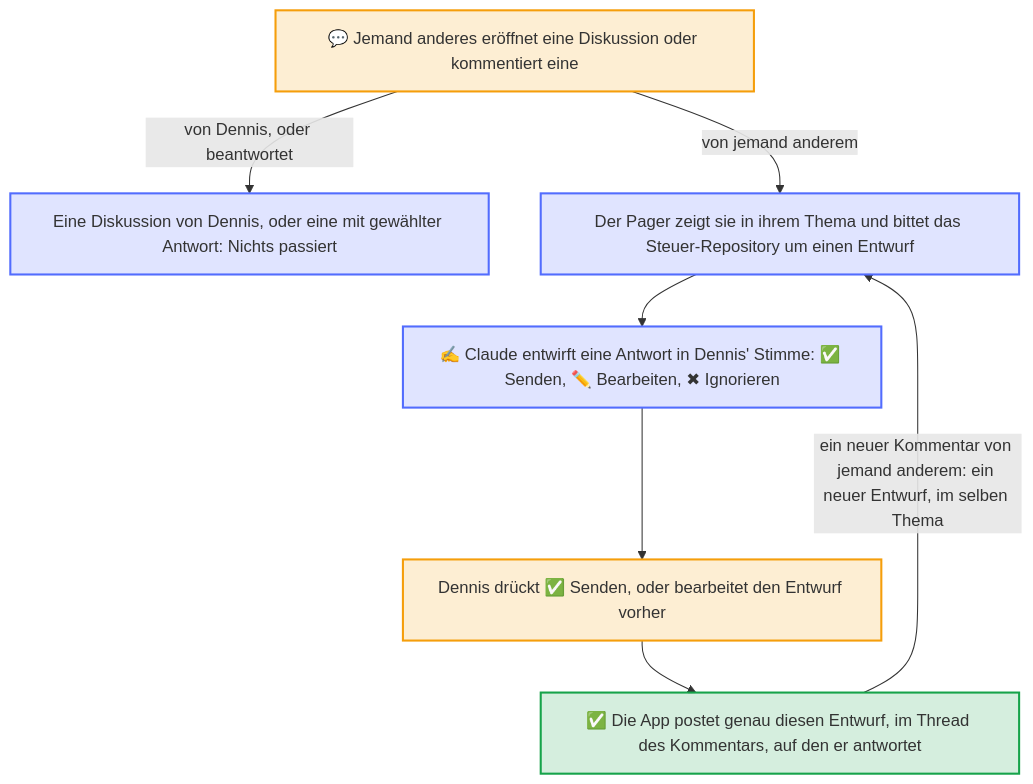
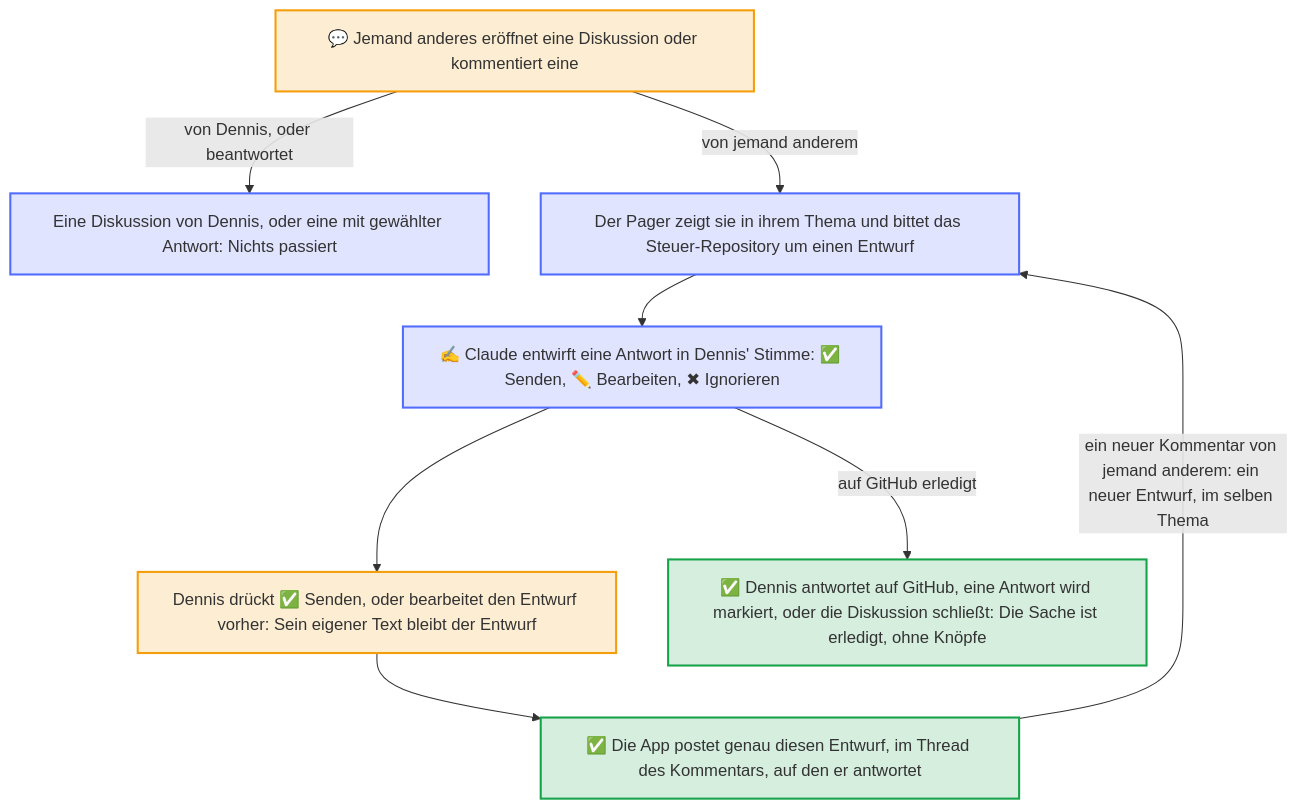
The diagram in docs/diagrams/the-reply-to-a-discussion.de.mmd (Dennis-Otto/dennis-otto-pager), drawn with Mermaid before and after one commit. The commit also changed 27 other files, not shown here.

First line of the commit message:
feat: a discussion thing closes when Dennis answers on GitHub, and keeps his own draft (#74)

```diff
--- a/docs/diagrams/the-reply-to-a-discussion.de.mmd
+++ b/docs/diagrams/the-reply-to-a-discussion.de.mmd
@@ -1,26 +1,28 @@
 ---
 config:
   flowchart:
     wrappingWidth: 400
 ---
 flowchart TB
     accTitle: Die Antwort auf eine Diskussion
-    accDescr: Jemand anderes als Dennis oder ein Bot eröffnet eine Diskussion oder kommentiert eine. Eine Diskussion von Dennis und eine mit gewählter Antwort enden hier. Sonst zeigt der Pager sie in ihrem Thema und bittet das Steuer-Repository sofort um einen Entwurf, den Claude in Dennis' Stimme schreibt. Der Entwurf kommt mit Senden, Bearbeiten und Ignorieren. Senden postet genau diesen Entwurf als App des Pagers, im Thread des Kommentars, auf den er antwortet, oder an der Diskussion selbst. Ein neuer Kommentar von jemand anderem wird zur Nachricht, auf die geantwortet wird, mit einem neuen Entwurf im selben Thema.
+    accDescr: Jemand anderes als Dennis oder ein Bot eröffnet eine Diskussion oder kommentiert eine. Eine Diskussion von Dennis und eine mit gewählter Antwort enden hier. Sonst zeigt der Pager sie in ihrem Thema und bittet das Steuer-Repository sofort um einen Entwurf, den Claude in Dennis' Stimme schreibt. Der Entwurf kommt mit Senden, Bearbeiten und Ignorieren. Senden postet genau diesen Entwurf als App des Pagers, im Thread des Kommentars, auf den er antwortet, oder an der Diskussion selbst. Ein neuer Kommentar von jemand anderem wird zur Nachricht, auf die geantwortet wird, mit einem neuen Entwurf im selben Thema, während ein Text, den Dennis selbst geschrieben hat, der Entwurf bleibt. Wenn Dennis auf GitHub selbst antwortet, jemand eine Antwort markiert oder die Diskussion geschlossen wird, ist die Sache erledigt: Ihre Knöpfe gehen, und ihr Thema bekommt einen Haken.
 
     asked["`**💬** Jemand anderes eröffnet eine Diskussion oder kommentiert eine`"]
     quiet["`Eine Diskussion von Dennis, oder eine mit gewählter Antwort: Nichts passiert`"]
     shown["Der Pager zeigt sie in ihrem Thema und bittet das Steuer-Repository um einen Entwurf"]
     draft["`**✍️** Claude entwirft eine Antwort in Dennis' Stimme: ✅ Senden, ✏️ Bearbeiten, ✖ Ignorieren`"]
-    press["Dennis drückt ✅ Senden, oder bearbeitet den Entwurf vorher"]
+    press["Dennis drückt ✅ Senden, oder bearbeitet den Entwurf vorher: Sein eigener Text bleibt der Entwurf"]
     reply["`**✅** Die App postet genau diesen Entwurf, im Thread des Kommentars, auf den er antwortet`"]
+    ended["`**✅** Dennis antwortet auf GitHub, eine Antwort wird markiert, oder die Diskussion schließt: Die Sache ist erledigt, ohne Knöpfe`"]
 
     asked -- "von Dennis, oder beantwortet" --> quiet
     asked -- "von jemand anderem" --> shown --> draft --> press --> reply
     reply -- "ein neuer Kommentar von jemand anderem: ein neuer Entwurf, im selben Thema" --> shown
+    draft -- "auf GitHub erledigt" --> ended
 
     classDef you fill:#f59e0b2e,stroke:#f59e0b,stroke-width:2px
     classDef bot fill:#526cfe2e,stroke:#526cfe,stroke-width:2px
     classDef done fill:#16a34a2e,stroke:#16a34a,stroke-width:2px
     class asked,press you
     class quiet,shown,draft bot
-    class reply done
+    class reply,ended done
```
